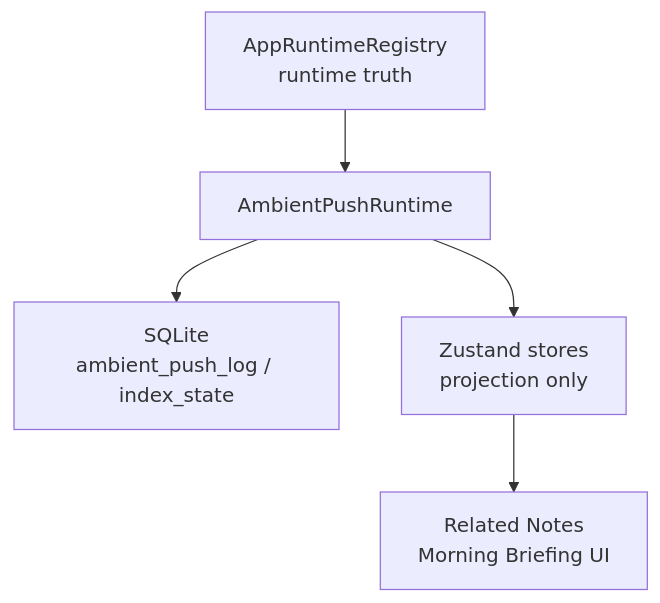
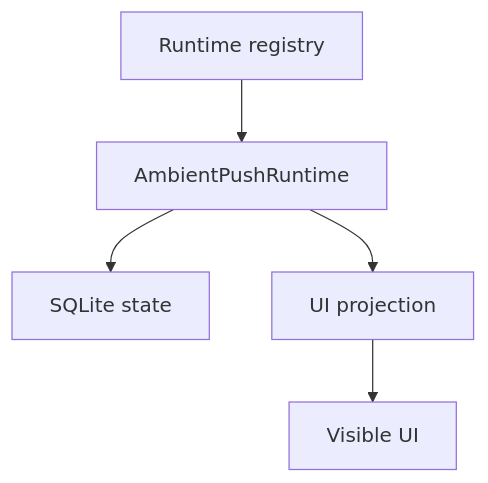
The sixth of 7 diagrams in docs/superpowers/audits/2026-06-13-t8-owner-review-packet.md (highestpeak/obsidian-peak-assistant), drawn with Mermaid before and after one commit. The commit also changed other lines of this file and 2 other files, not shown here.

Commit message:
docs(refactor): remove newline labels from T8 diagrams

````diff
--- a/docs/superpowers/audits/2026-06-13-t8-owner-review-packet.md
+++ b/docs/superpowers/audits/2026-06-13-t8-owner-review-packet.md
@@ -280,13 +280,13 @@
 ```mermaid
 flowchart TB
-  Registry["AppRuntimeRegistry\nruntime truth"]
+  Registry["Runtime registry"]
   Runtime["AmbientPushRuntime"]
-  DB["SQLite\nambient_push_log / index_state"]
-  Store["Zustand stores\nprojection only"]
-  UI["Related Notes\nMorning Briefing UI"]
+  DB["SQLite state"]
+  Store["UI projection"]
+  UI["Visible UI"]
 
   Registry --> Runtime
   Runtime --> DB
   Runtime --> Store
   Store --> UI
 ```
````
